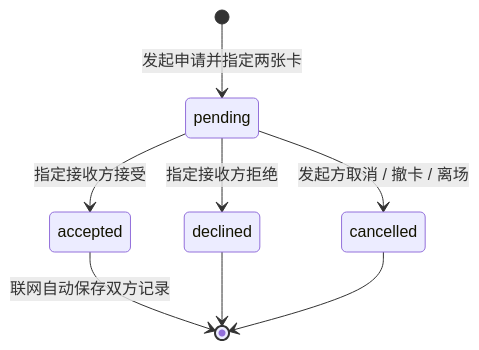
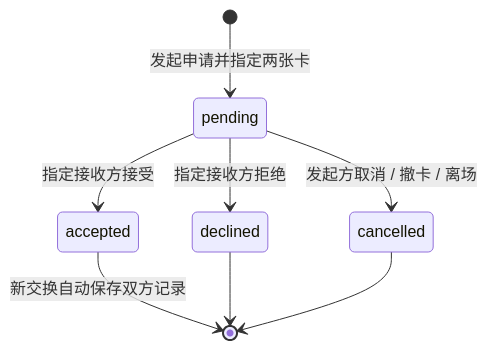
Before and after one commit to musicMapTeam/musicMap: the diagram in product/docs/03-build-guide.md, drawn with Mermaid. The commit also changed other lines of this file and 19 other files, not shown here.

````diff
--- a/product/docs/03-build-guide.md
+++ b/product/docs/03-build-guide.md
@@ -71,10 +74,10 @@
 ```mermaid
 stateDiagram-v2
     [*] --> pending: 发起申请并指定两张卡
     pending --> accepted: 指定接收方接受
     pending --> declined: 指定接收方拒绝
     pending --> cancelled: 发起方取消 / 撤卡 / 离场
-    accepted --> [*]: 联网自动保存双方记录
+    accepted --> [*]: 新交换自动保存双方记录
     declined --> [*]
     cancelled --> [*]
 ```
````
